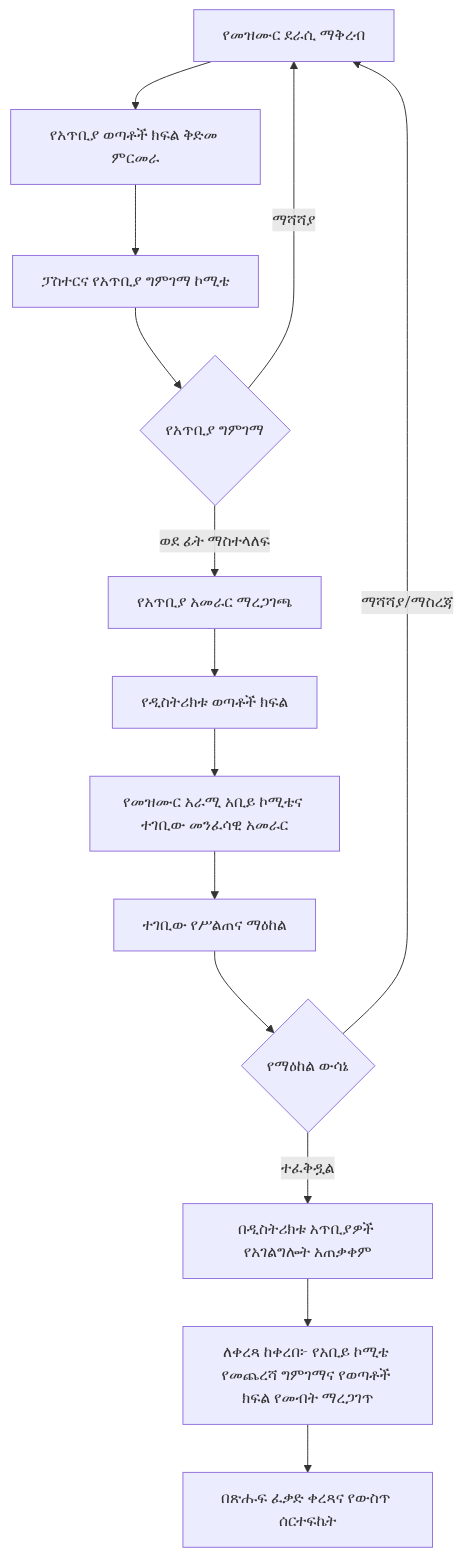
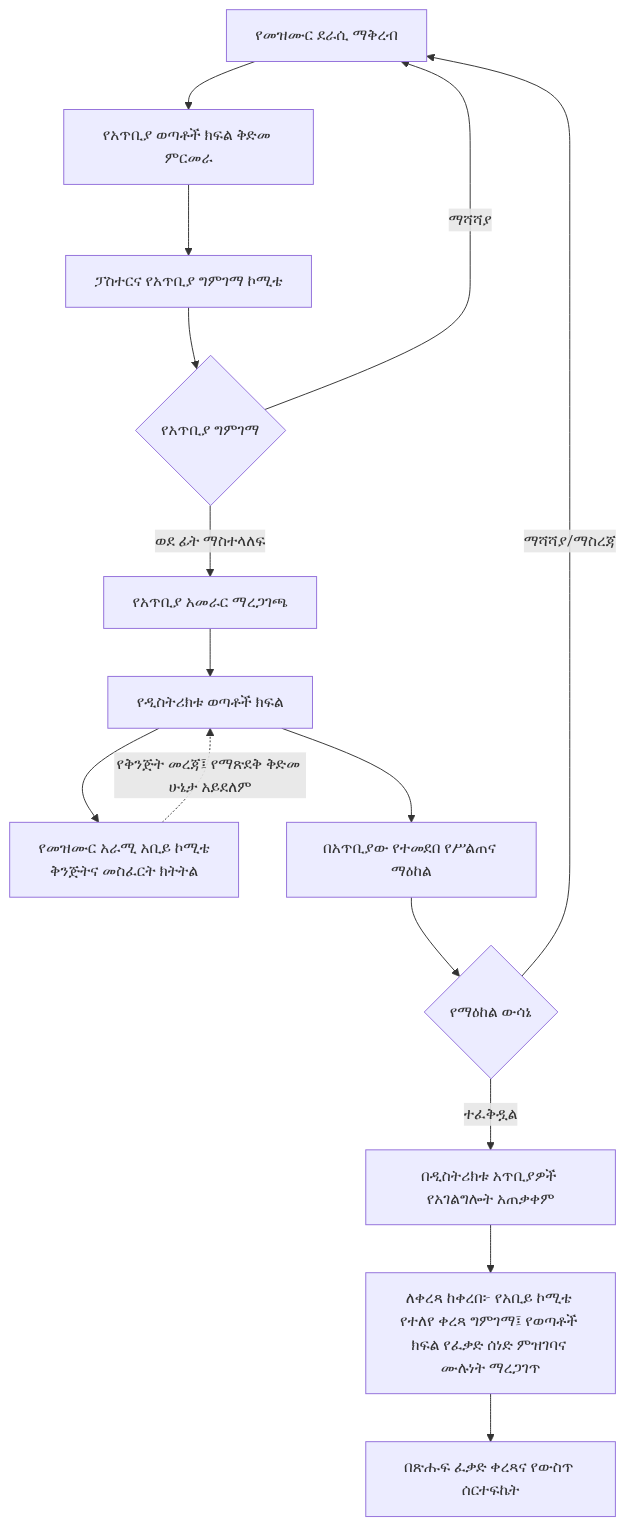
The third of 3 diagrams in docs/governance/maale-song-review-directive-am.md (akefadaka-git/ekhc-digital-platform), drawn with Mermaid before and after one commit. The commit also changed other lines of this file, not shown here.

Commit message:
Complete cross-reference audit: authority flow, appeals, suspension and annual reporting

````diff
--- a/docs/governance/maale-song-review-directive-am.md
+++ b/docs/governance/maale-song-review-directive-am.md
@@ -159,16 +159,17 @@
 ```mermaid
 flowchart TD
  A[የመዝሙር ደራሲ ማቅረብ] --> B[የአጥቢያ ወጣቶች ክፍል ቅድመ ምርመራ]
  B --> C[ፓስተርና የአጥቢያ ግምገማ ኮሚቴ]
  C --> D{የአጥቢያ ግምገማ}
  D -->|ማሻሻያ| A
  D -->|ወደ ፊት ማስተላለፍ| E[የአጥቢያ አመራር ማረጋገጫ]
  E --> F[የዲስትሪክቱ ወጣቶች ክፍል]
- F --> G[የመዝሙር አራሚ አቢይ ኮሚቴና ተገቢው መንፈሳዊ አመራር]
- G --> H[ተገቢው የሥልጠና ማዕከል]
+ F --> G[የመዝሙር አራሚ አቢይ ኮሚቴ<br/>ቅንጅትና መስፈርት ክትትል]
+ G -. የቅንጅት መረጃ፤ የማጽደቅ ቅድመ ሁኔታ አይደለም .-> F
+ F --> H[በአጥቢያው የተመደበ የሥልጠና ማዕከል]
  H --> I{የማዕከል ውሳኔ}
  I -->|ማሻሻያ/ማስረጃ| A
  I -->|ተፈቅዷል| J[በዲስትሪክቱ አጥቢያዎች የአገልግሎት አጠቃቀም]
- J --> K[ለቀረጻ ከቀረበ፦ የአቢይ ኮሚቴ የመጨረሻ ግምገማና የወጣቶች ክፍል የመብት ማረጋገጥ]
+ J --> K[ለቀረጻ ከቀረበ፦ የአቢይ ኮሚቴ የተለየ ቀረጻ ግምገማ፤ የወጣቶች ክፍል የፈቃድ ሰነድ ምዝገባና ሙሉነት ማረጋገጥ]
  K --> L[በጽሑፍ ፈቃድ ቀረጻና የውስጥ ሰርተፍኬት]
 ```
````
